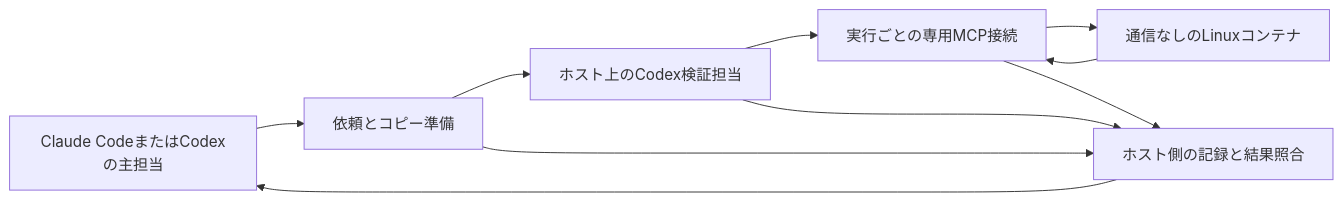
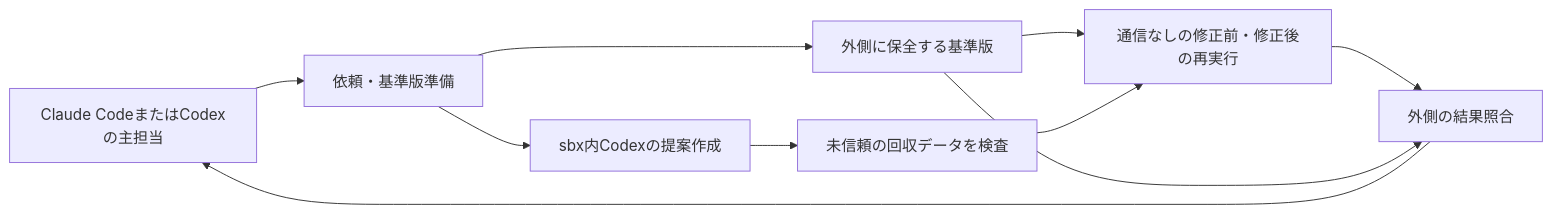
Before and after one commit to taika-izumi/ai-driven-dev-principles: the diagram in docs/current/specs/2026-09-09-isolated-verification/00-overview.md, drawn with Mermaid. The commit also changed other lines of this file and 18 other files, not shown here.

````diff
--- a/docs/current/specs/2026-09-09-isolated-verification/00-overview.md
+++ b/docs/current/specs/2026-09-09-isolated-verification/00-overview.md
@@ -29,12 +28,12 @@
 ```mermaid
 flowchart LR
-  P[Claude CodeまたはCodexの主担当] --> Q[依頼とコピー準備]
-  Q --> A[ホスト上のCodex検証担当]
-  A --> M[実行ごとの専用MCP接続]
-  M --> D[通信なしのLinuxコンテナ]
-  D --> M
-  M --> R[ホスト側の記録と結果照合]
-  A --> R
-  Q --> R
-  R --> P
+    U[Claude CodeまたはCodexの主担当] --> P[依頼・基準版準備]
+    P --> B[外側に保全する基準版]
+    P --> A[sbx内Codexの提案作成]
+    A --> Q[未信頼の回収データを検査]
+    B --> T[通信なしの修正前・修正後の再実行]
+    Q --> T
+    T --> R[外側の結果照合]
+    B --> R
+    R --> U
 ```
````
